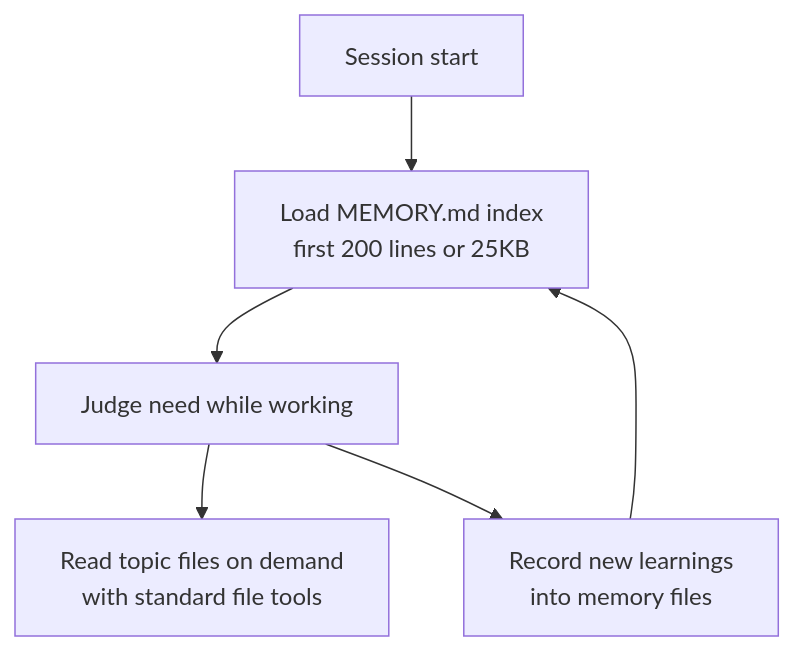
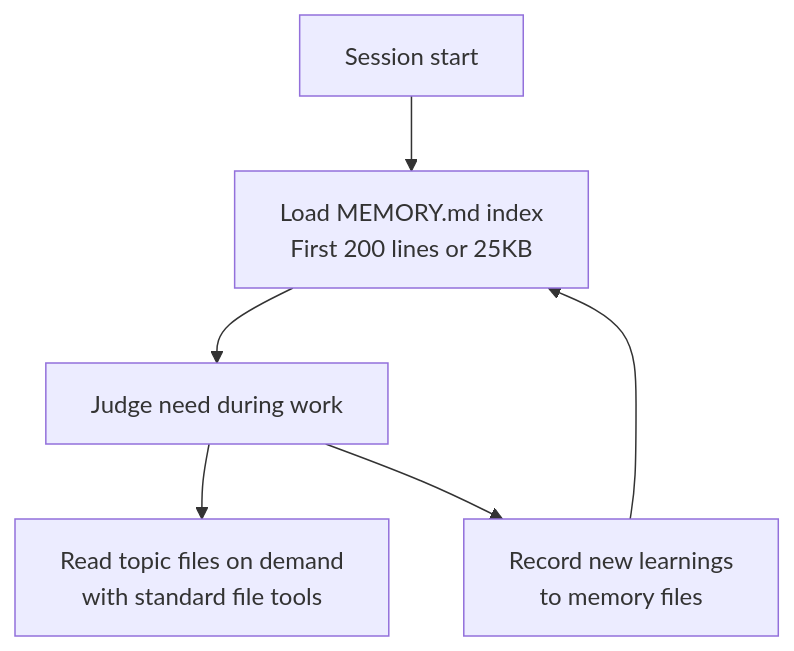
The second of 2 diagrams in docs-site/content/en/claude-code/context-memory/memory.md (modu-ai/moai-adk), drawn with Mermaid before and after one commit. The commit also changed other lines of this file and 395 other files, not shown here.

````diff
--- a/docs-site/content/en/claude-code/context-memory/memory.md
+++ b/docs-site/content/en/claude-code/context-memory/memory.md
@@ -139,8 +139,8 @@
 ```mermaid
 flowchart TD
-    A["Session start"] --> B["Load MEMORY.md index<br>first 200 lines or 25KB"]
-    B --> C["Judge need while working"]
+    A["Session start"] --> B["Load MEMORY.md index<br>First 200 lines or 25KB"]
+    B --> C["Judge need during work"]
     C --> D["Read topic files on demand<br>with standard file tools"]
-    C --> E["Record new learnings<br>into memory files"]
+    C --> E["Record new learnings<br>to memory files"]
     E --> B
 ```
````
